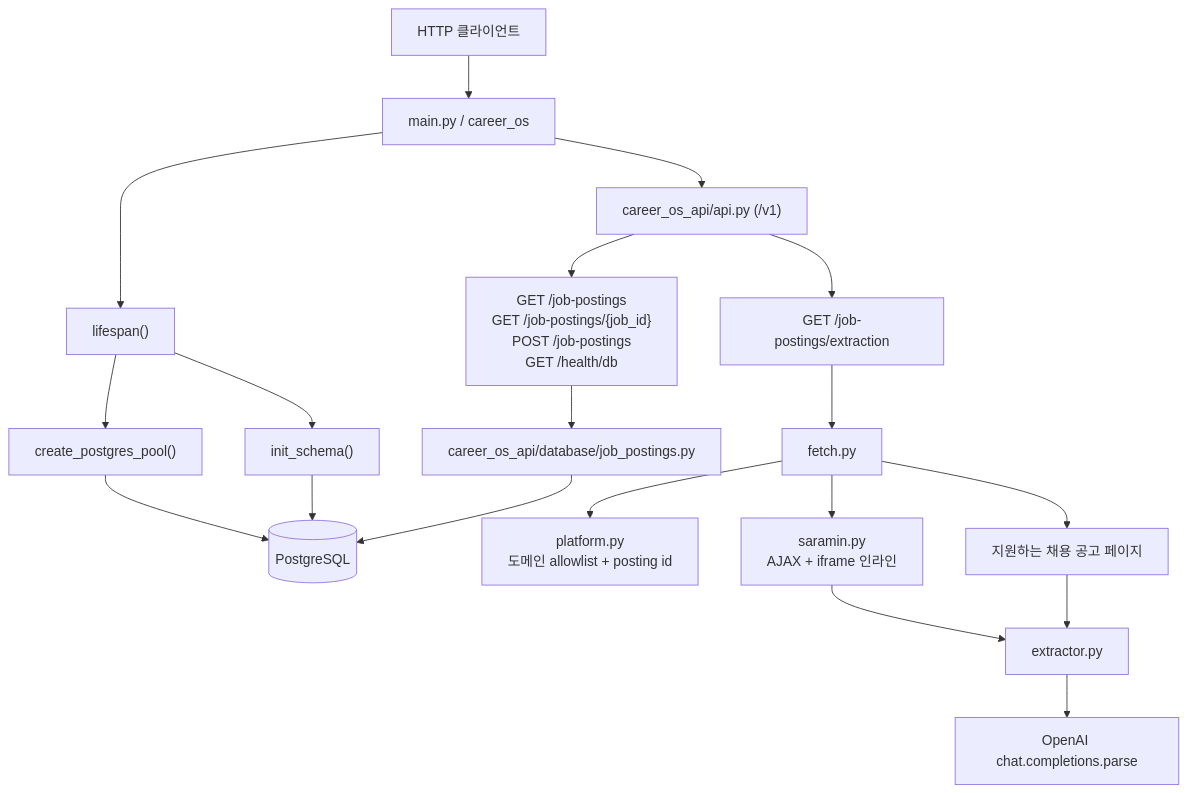
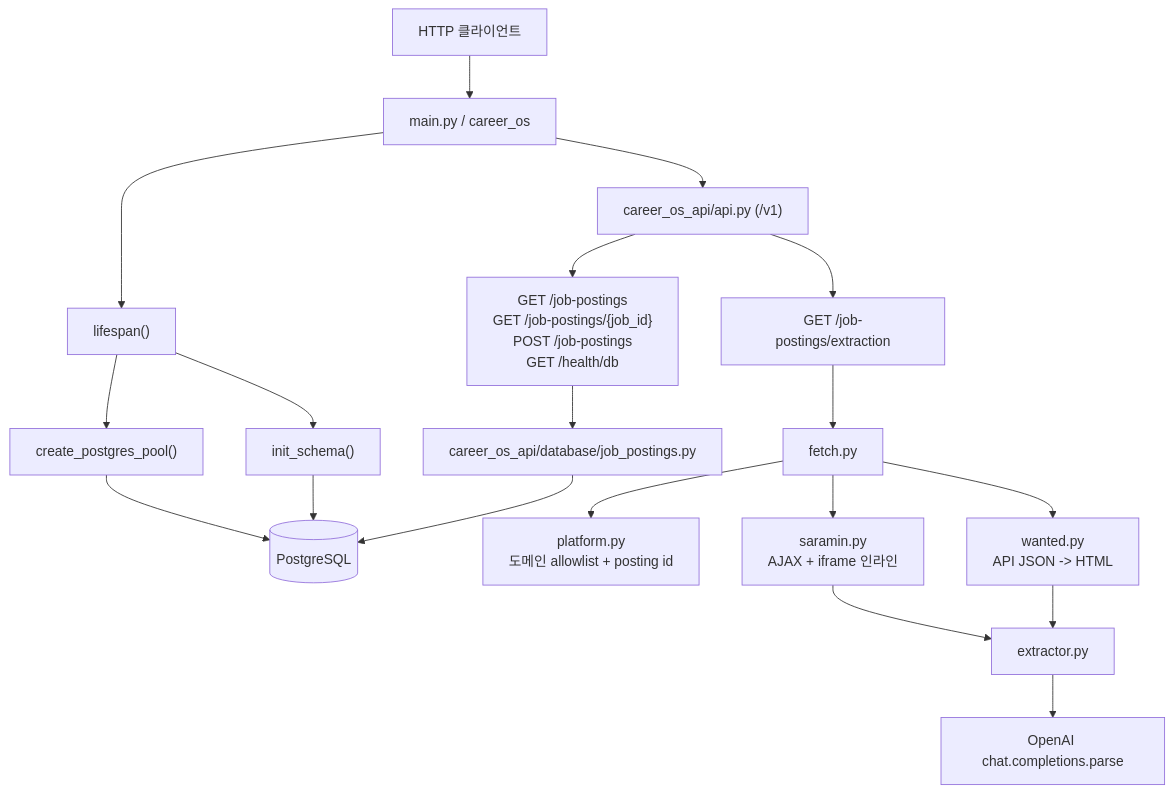
One commit to dongju93/career-os changed the diagram in README.md. Above: the diagram before and after it, drawn with Mermaid. The commit also changed other lines of this file, not shown here.

````diff
--- a/README.md
+++ b/README.md
@@ -68,24 +68,24 @@
 ```mermaid
 graph TD
     Client["HTTP 클라이언트"] --> App["main.py / career_os"]
     App --> Lifespan["lifespan()"]
     Lifespan --> Pool["create_postgres_pool()"]
     Lifespan --> Schema["init_schema()"]
     Pool --> Postgres[(PostgreSQL)]
     Schema --> Postgres
 
     App --> Router["career_os_api/api.py (/v1)"]
 
     Router --> QueryRoutes["GET /job-postings<br/>GET /job-postings/{job_id}<br/>POST /job-postings<br/>GET /health/db"]
     QueryRoutes --> Repo["career_os_api/database/job_postings.py"]
     Repo --> Postgres
 
     Router --> ExtractionRoute["GET /job-postings/extraction"]
     ExtractionRoute --> Fetch["fetch.py"]
     Fetch --> Platform["platform.py<br/>도메인 allowlist + posting id"]
     Fetch --> Saramin["saramin.py<br/>AJAX + iframe 인라인"]
-    Fetch --> Upstream["지원하는 채용 공고 페이지"]
+    Fetch --> Wanted["wanted.py<br/>API JSON -> HTML"]
     Saramin --> Extractor["extractor.py"]
-    Upstream --> Extractor
+    Wanted --> Extractor
     Extractor --> OpenAI["OpenAI chat.completions.parse"]
 ```
````
